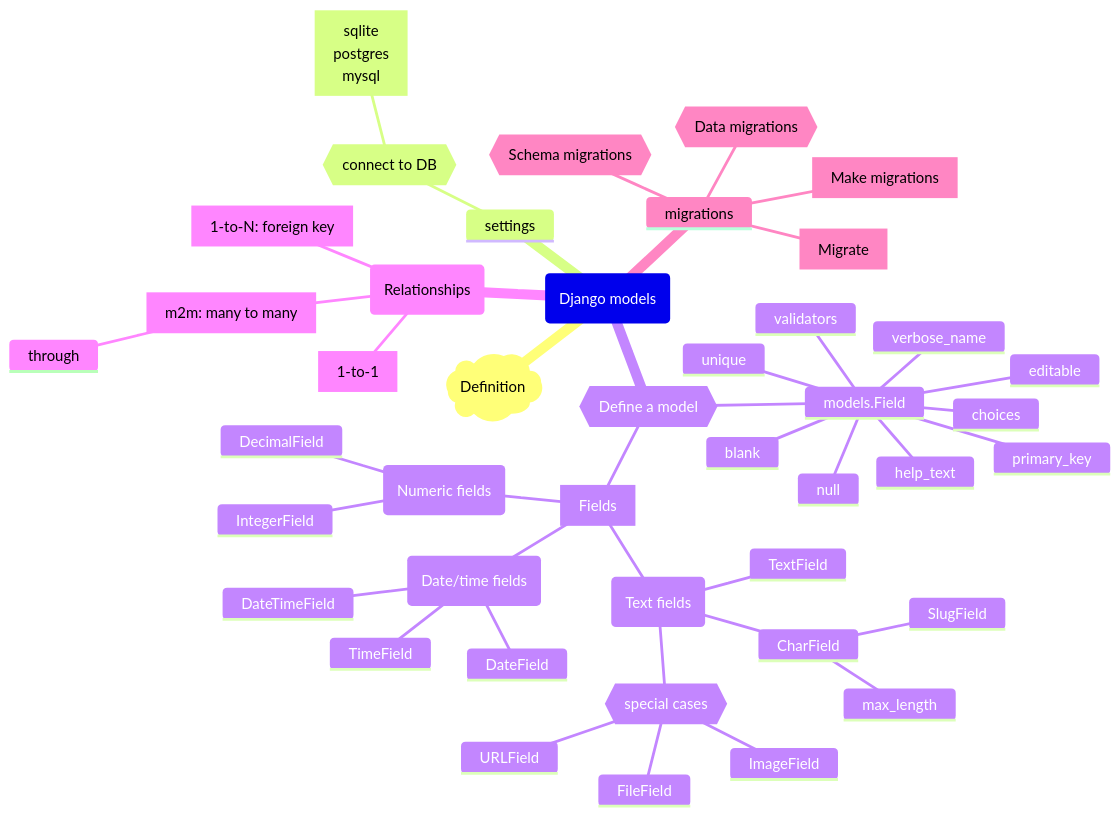
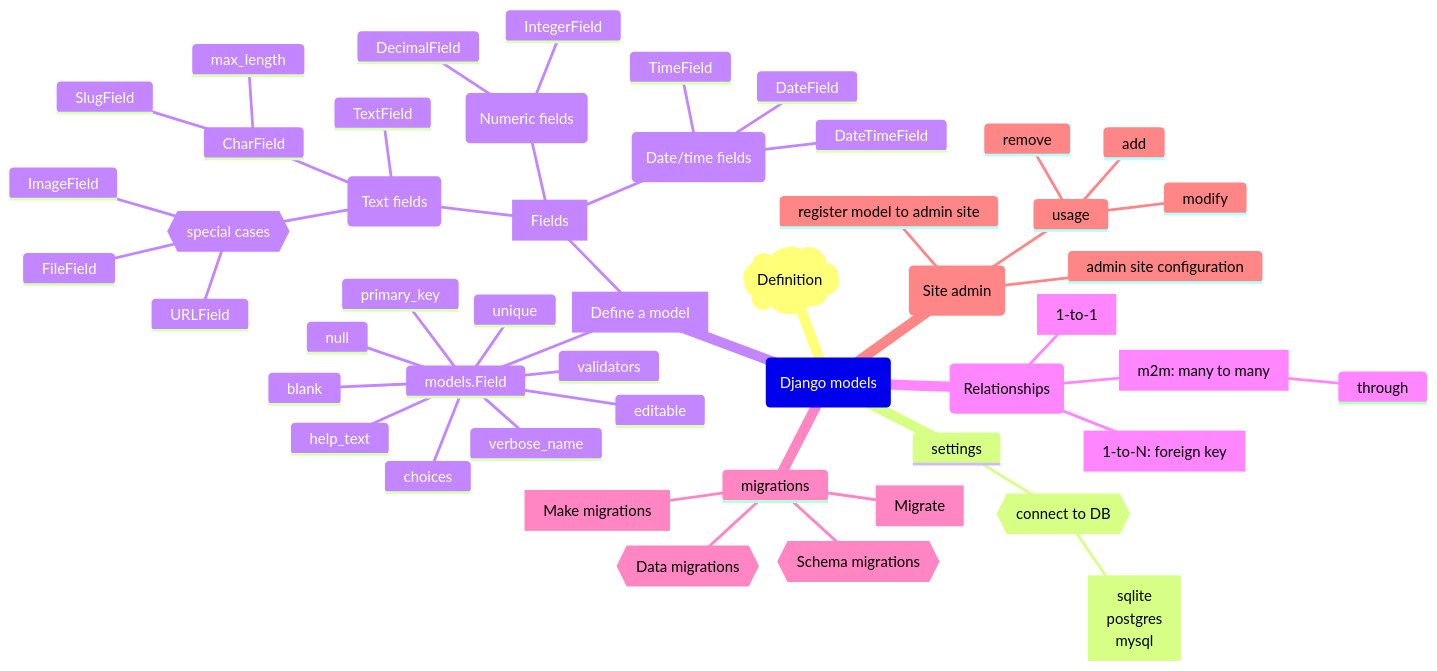
The diagram in mindmaps/django-models.mmd (edu-python-course/edu-python-course.github.io), drawn with Mermaid before and after one commit.

Commit message:
Update Django models mindmap (GH-90, GH-225)

```diff
--- a/mindmaps/django-models.mmd
+++ b/mindmaps/django-models.mmd
@@ -1,51 +1,62 @@
 ---
 Django models
 ---
 
 mindmap
     root(Django models)
         ::)Definition(
         settings
         ::icon(fas fa-gear)
             ::{{connect to DB}}
                 dbs[sqlite<br>postgres<br>mysql]
                 ::icon(fas fa-database)
-        ::{{Define a model}}
+        ::[Define a model]
             models.Field
                 null
                 blank
                 choices
                 editable
                 help_text
                 primary_key
                 unique
                 verbose_name
                 validators
             fields[Fields]
                 txt(Text fields)
                     CharField
                         max_length
                         SlugField
                     TextField
                     ::{{special cases}}
                         FileField
                         ImageField
                         URLField
                 num(Numeric fields)
                     IntegerField
                     DecimalField
                 datetime(Date/time fields)
                     DateField
                     TimeField
                     DateTimeField
         rel(Relationships)
             ::[1-to-1]
             ::[1-to-N: foreign key]
             ::[m2m: many to many]
                 through
                 ::icon(fas fa-table)
         migrations
             makemigrations[Make migrations]
             migrate[Migrate]
             ::{{Schema migrations}}
             ::{{Data migrations}}
+        admin(Site admin)
+            register model to admin site
+            admin site configuration
+            ::icon(fas fa-user-tie)
+            usage
+                add
+                ::icon(fas fa-plus)
+                remove
+                ::icon(fas fa-trash)
+                modify
+                ::icon(fas fa-edit)
```
